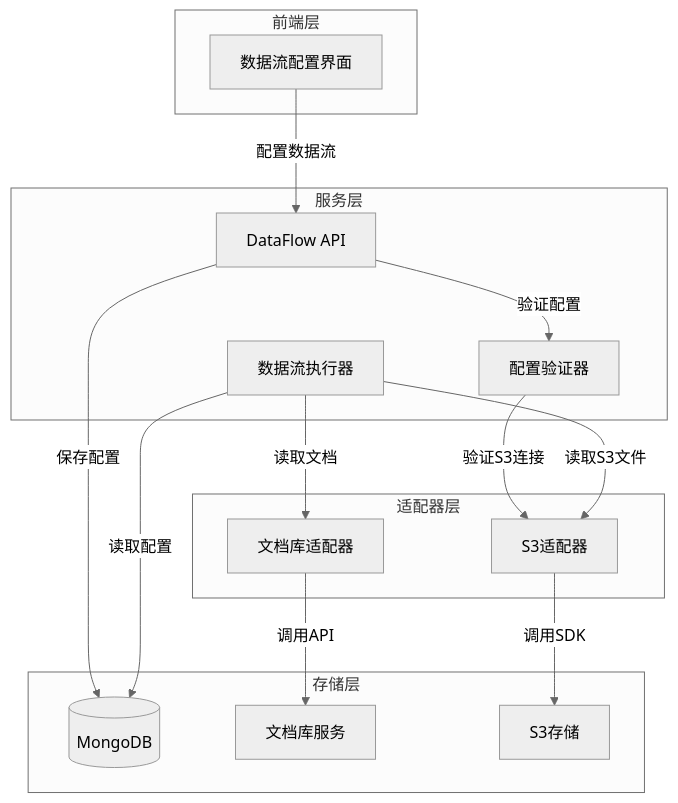
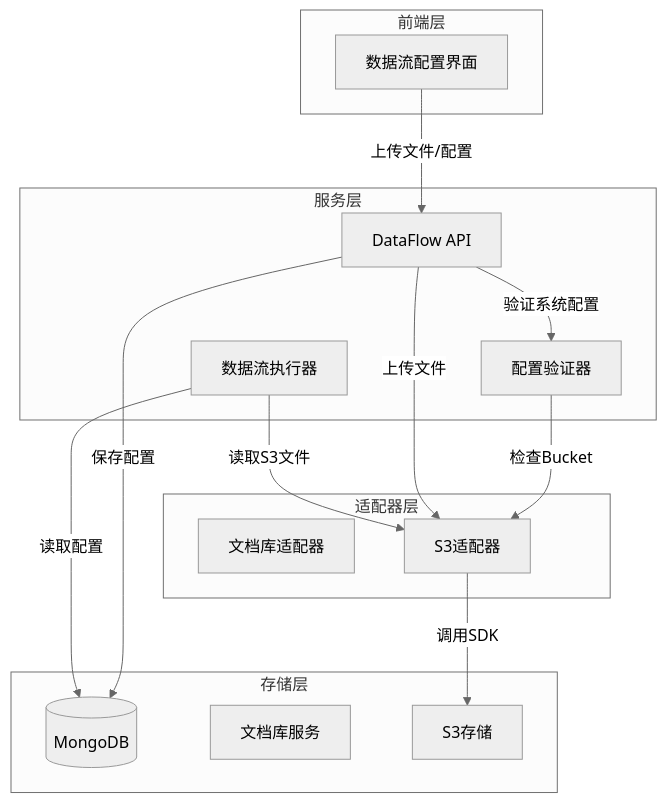
The first of 5 diagrams in dataflow/flow-automation/docs/features/808058支持从s3获取非结构化数据源/logic_design.md (kweaver-ai/adp), drawn with Mermaid (neutral theme) before and after one commit. The commit also changed other lines of this file and 15 other files, not shown here.

````diff
--- a/dataflow/flow-automation/docs/features/808058支持从s3获取非结构化数据源/logic_design.md
+++ b/dataflow/flow-automation/docs/features/808058支持从s3获取非结构化数据源/logic_design.md
@@ -260,33 +195,32 @@
 ```mermaid
 graph TB
     subgraph "前端层"
         UI[数据流配置界面]
     end
     
     subgraph "服务层"
         API[DataFlow API]
         Validator[配置验证器]
         Executor[数据流执行器]
     end
     
     subgraph "适配器层"
         DocAdapter[文档库适配器]
         S3Adapter[S3适配器]
     end
     
     subgraph "存储层"
         MongoDB[(MongoDB)]
         DocLib[文档库服务]
         S3[S3存储]
     end
     
-    UI -->|配置数据流| API
-    API -->|验证配置| Validator
-    Validator -->|验证S3连接| S3Adapter
+    UI -->|上传文件/配置| API
+    API -->|验证系统配置| Validator
+    Validator -->|检查Bucket| S3Adapter
+    API -->|上传文件| S3Adapter
     API -->|保存配置| MongoDB
     Executor -->|读取配置| MongoDB
-    Executor -->|读取文档| DocAdapter
     Executor -->|读取S3文件| S3Adapter
-    DocAdapter -->|调用API| DocLib
     S3Adapter -->|调用SDK| S3
 ```
````
